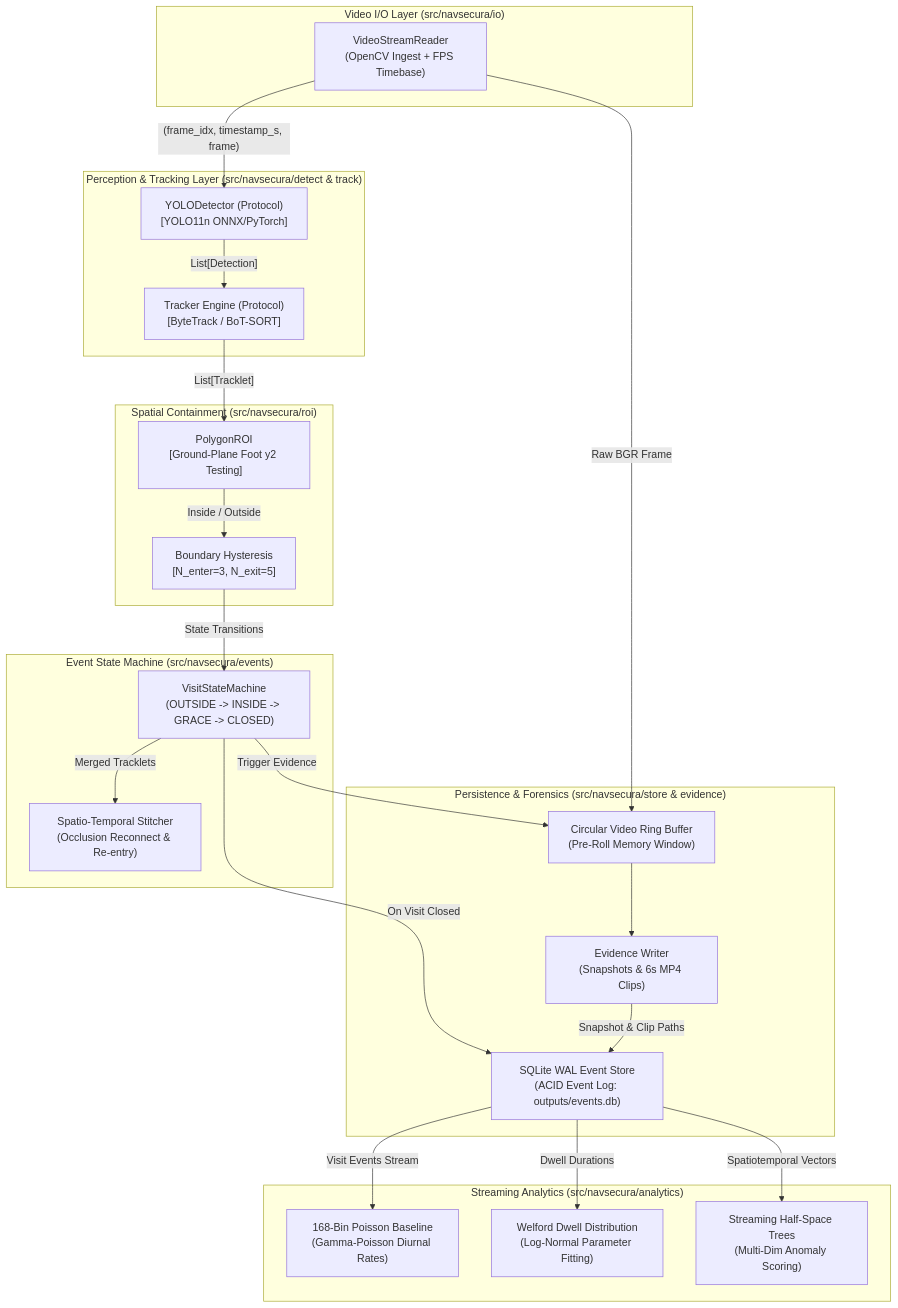
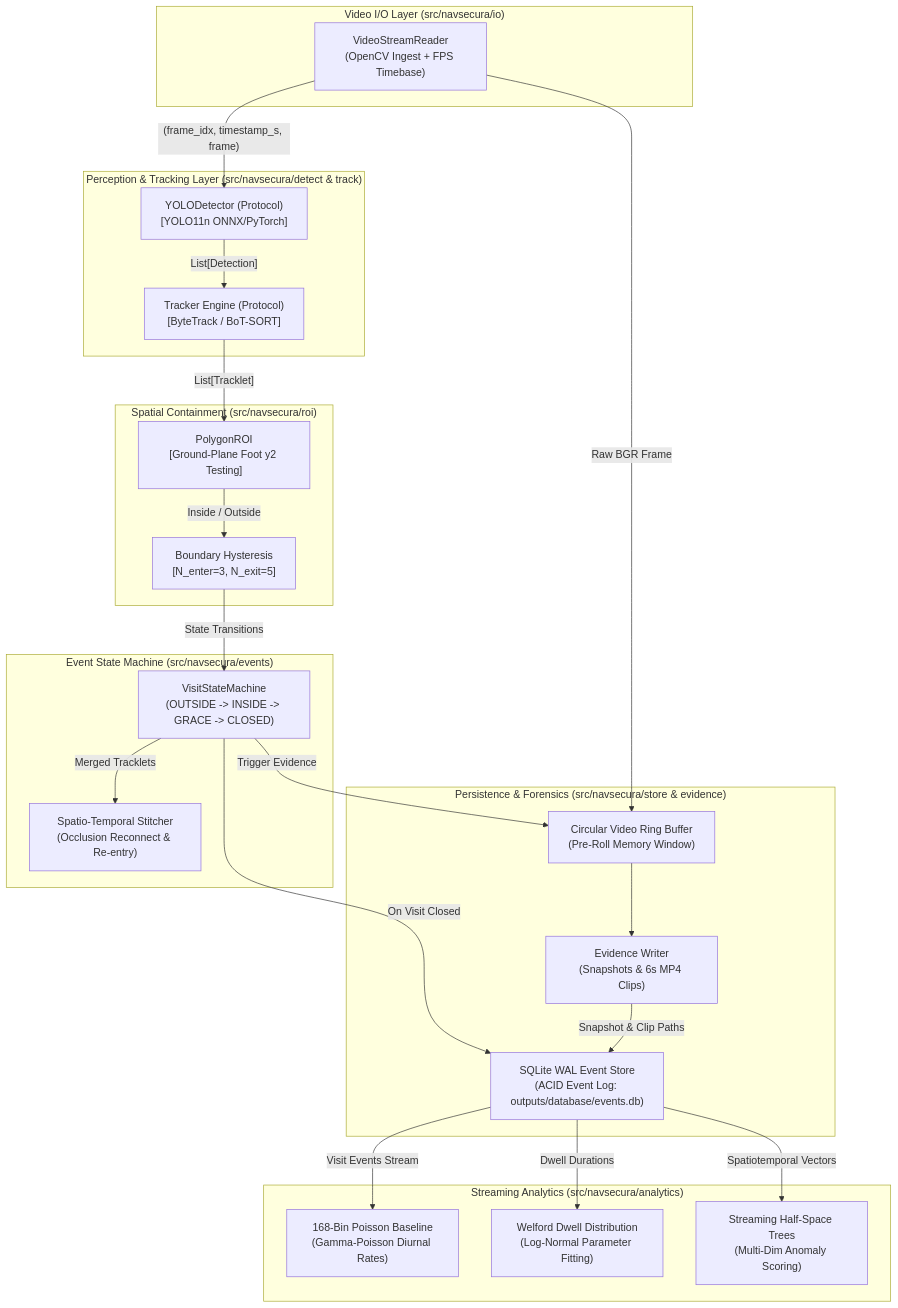
The first of 2 diagrams in README.md (jayeshpandey01/NavSecura), drawn with Mermaid before and after one commit. The commit also changed other lines of this file and 95 other files, not shown here.

````diff
--- a/README.md
+++ b/README.md
@@ -33,48 +33,48 @@
 ```mermaid
 flowchart TD
     subgraph Ingestion ["Video I/O Layer (src/navsecura/io)"]
         Stream["VideoStreamReader\n(OpenCV Ingest + FPS Timebase)"]
     end
 
     subgraph Perception ["Perception & Tracking Layer (src/navsecura/detect & track)"]
         YOLO["YOLODetector (Protocol)\n[YOLO11n ONNX/PyTorch]"]
         Track["Tracker Engine (Protocol)\n[ByteTrack / BoT-SORT]"]
     end
 
     subgraph Spatial ["Spatial Containment (src/navsecura/roi)"]
         ROI["PolygonROI\n[Ground-Plane Foot y2 Testing]"]
         Margin["Boundary Hysteresis\n[N_enter=3, N_exit=5]"]
     end
 
     subgraph Lifecycle ["Event State Machine (src/navsecura/events)"]
         SM["VisitStateMachine\n(OUTSIDE -> INSIDE -> GRACE -> CLOSED)"]
         Stitch["Spatio-Temporal Stitcher\n(Occlusion Reconnect & Re-entry)"]
     end
 
     subgraph Storage ["Persistence & Forensics (src/navsecura/store & evidence)"]
         Ring["Circular Video Ring Buffer\n(Pre-Roll Memory Window)"]
-        SQLite["SQLite WAL Event Store\n(ACID Event Log: outputs/events.db)"]
+        SQLite["SQLite WAL Event Store\n(ACID Event Log: outputs/database/events.db)"]
         Evidence["Evidence Writer\n(Snapshots & 6s MP4 Clips)"]
     end
 
     subgraph Analytics ["Streaming Analytics (src/navsecura/analytics)"]
         Poisson["168-Bin Poisson Baseline\n(Gamma-Poisson Diurnal Rates)"]
         Welford["Welford Dwell Distribution\n(Log-Normal Parameter Fitting)"]
         HSTree["Streaming Half-Space Trees\n(Multi-Dim Anomaly Scoring)"]
     end
 
     Stream -->|"(frame_idx, timestamp_s, frame)"| YOLO
     Stream -->|"Raw BGR Frame"| Ring
     YOLO -->|"List[Detection]"| Track
     Track -->|"List[Tracklet]"| ROI
     ROI -->|"Inside / Outside"| Margin
     Margin -->|"State Transitions"| SM
     SM -->|"Merged Tracklets"| Stitch
     SM -->|"On Visit Closed"| SQLite
     SM -->|"Trigger Evidence"| Ring
     Ring --> Evidence
     Evidence -->|"Snapshot & Clip Paths"| SQLite
     SQLite -->|"Visit Events Stream"| Poisson
     SQLite -->|"Dwell Durations"| Welford
     SQLite -->|"Spatiotemporal Vectors"| HSTree
 ```
````
